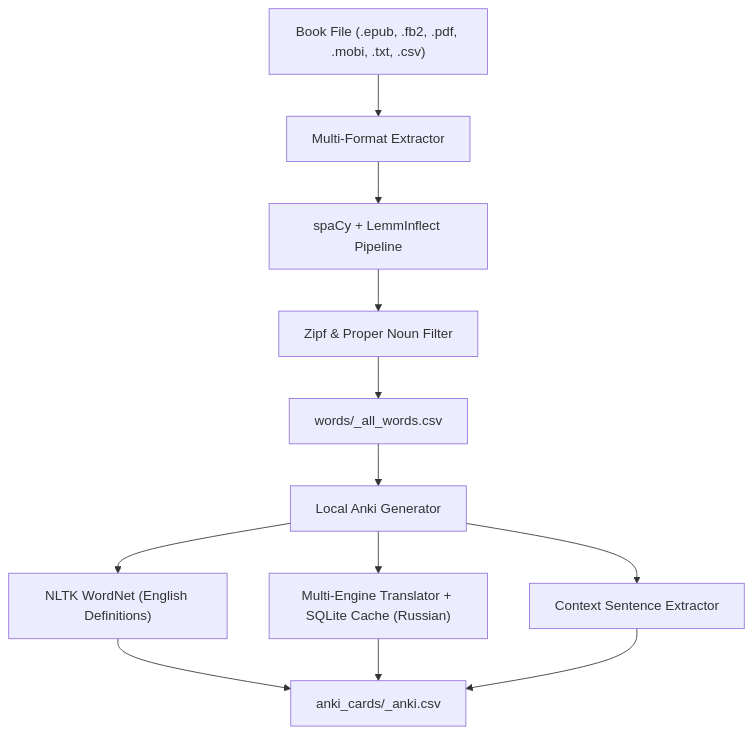
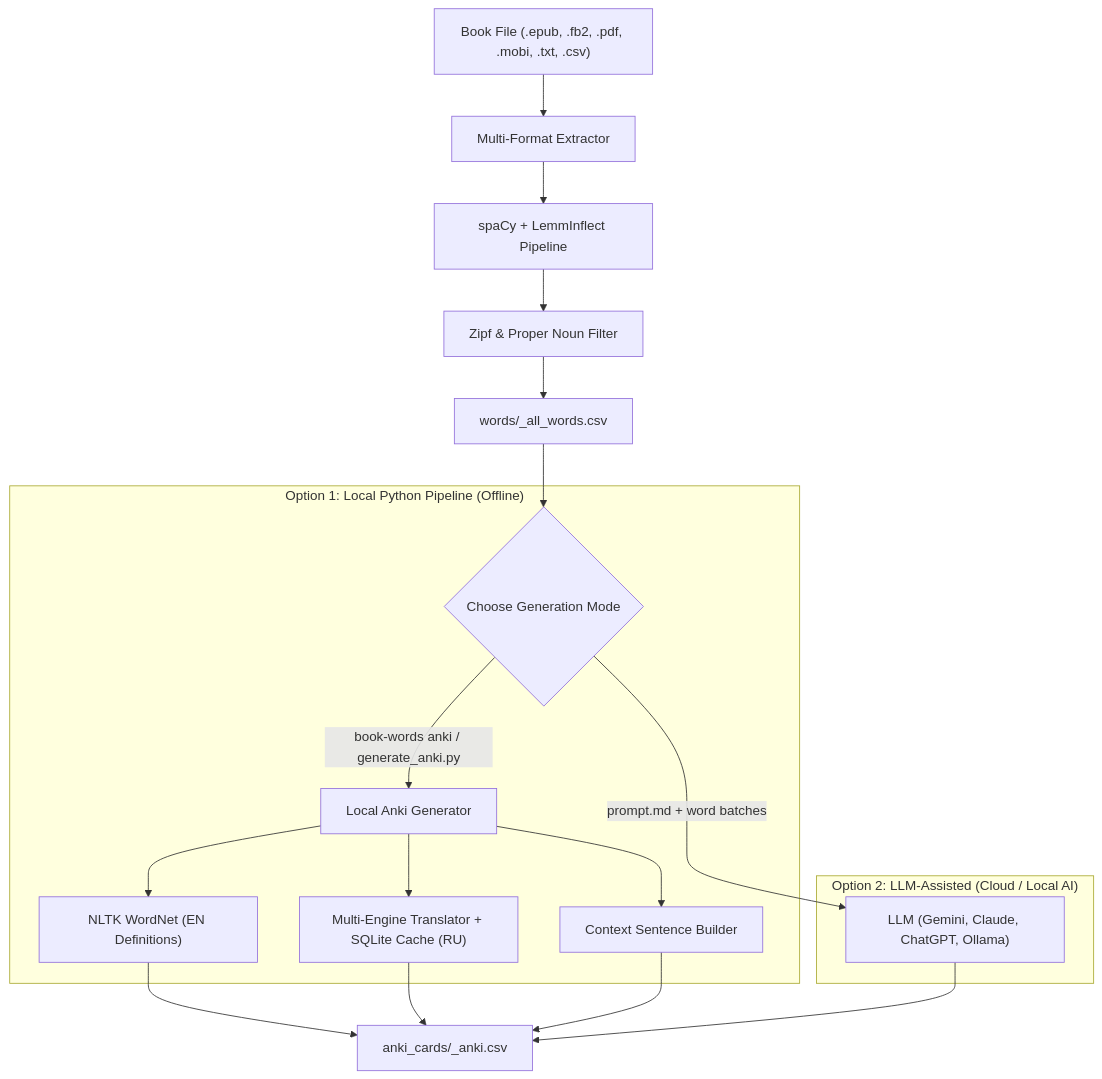
One commit to alibek-galiyev/ANKI-cards-generator changed the diagram in README.md. Above: the diagram before and after it, drawn with Mermaid. The commit also changed other lines of this file, not shown here.

Commit message:
Document local Python libraries and LLM generation options in README

````diff
--- a/README.md
+++ b/README.md
@@ -34,13 +38,23 @@
 ```mermaid
 flowchart TD
     BOOK["Book File (.epub, .fb2, .pdf, .mobi, .txt, .csv)"] --> EXT["Multi-Format Extractor"]
     EXT --> NLP["spaCy + LemmInflect Pipeline"]
     NLP --> FILT["Zipf & Proper Noun Filter"]
     FILT --> WORDS["words/<book>_all_words.csv"]
     
-    WORDS --> GEN["Local Anki Generator"]
-    GEN --> WN["NLTK WordNet (English Definitions)"]
-    GEN --> TRANS["Multi-Engine Translator + SQLite Cache (Russian)"]
-    GEN --> SENT["Context Sentence Extractor"]
+    WORDS --> MODE{Choose Generation Mode}
+    
+    subgraph LOCAL["Option 1: Local Python Pipeline (Offline)"]
+        MODE -->|book-words anki / generate_anki.py| GEN["Local Anki Generator"]
+        GEN --> WN["NLTK WordNet (EN Definitions)"]
+        GEN --> TRANS["Multi-Engine Translator + SQLite Cache (RU)"]
+        GEN --> SENT["Context Sentence Builder"]
+    end
+    
+    subgraph LLM["Option 2: LLM-Assisted (Cloud / Local AI)"]
+        MODE -->|prompt.md + word batches| AI["LLM (Gemini, Claude, ChatGPT, Ollama)"]
+    end
+    
     WN & TRANS & SENT --> ANKI["anki_cards/<book>_anki.csv"]
+    AI --> ANKI
 ```
````
